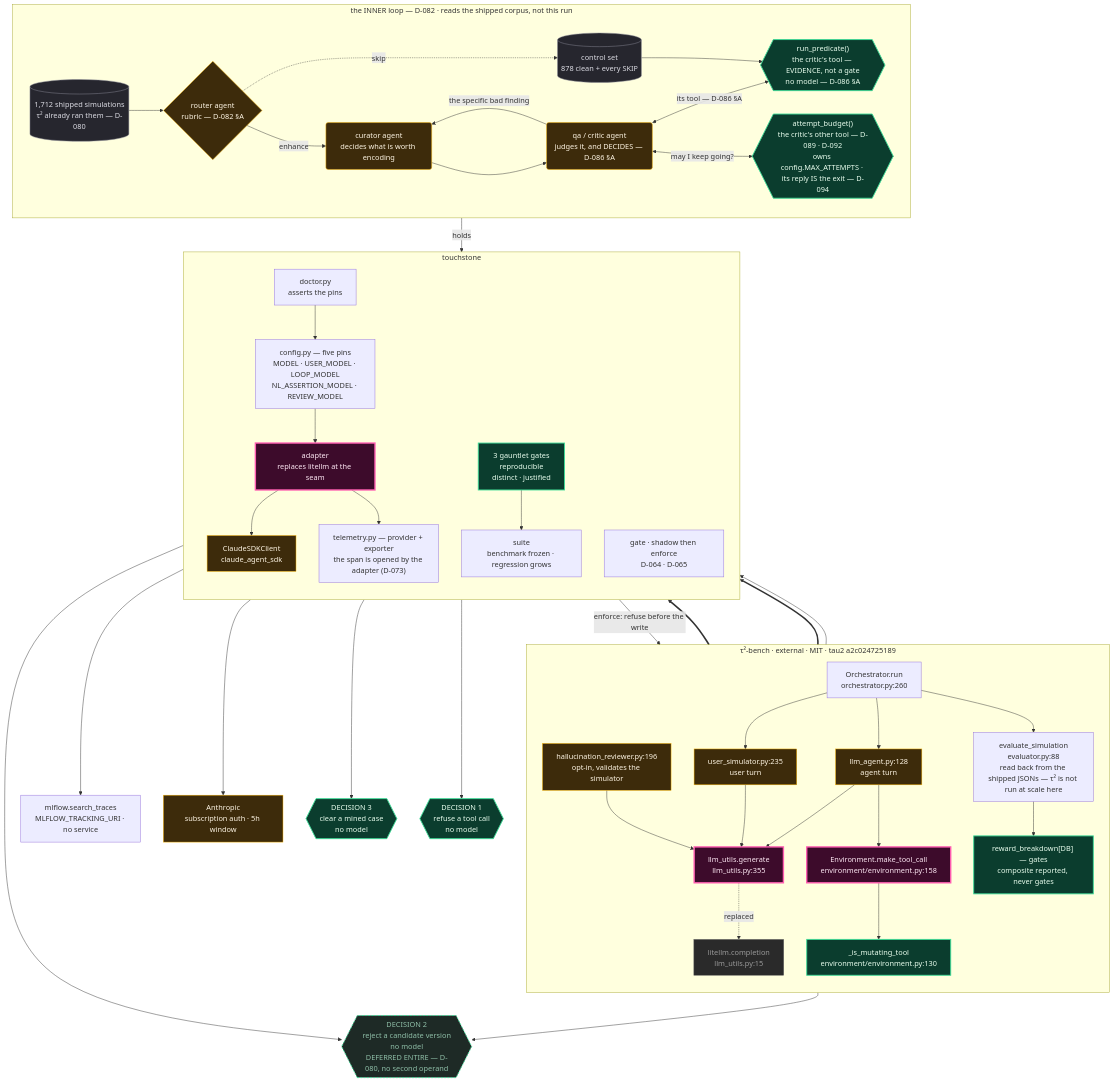
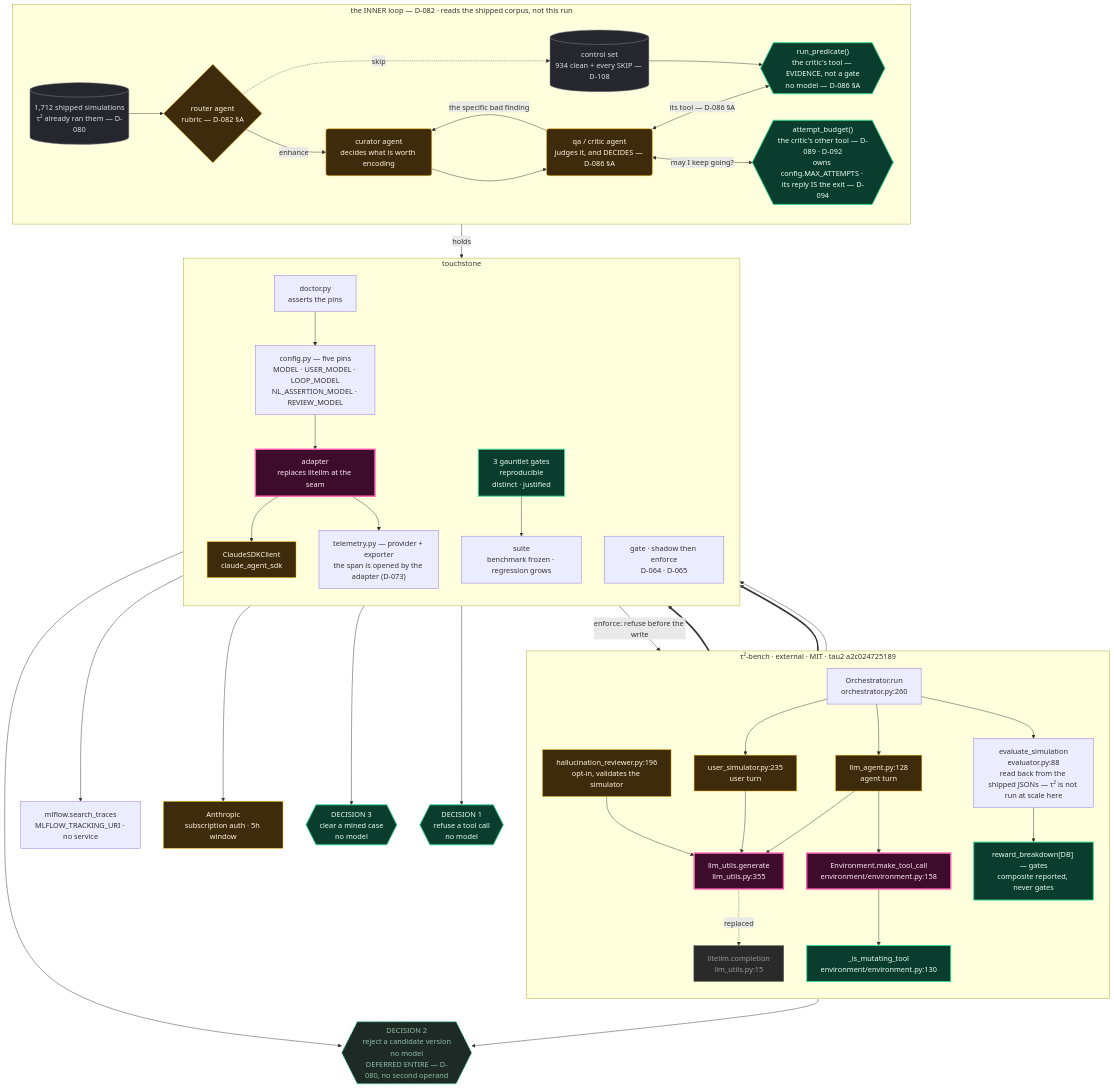
The diagram in diagrams/phase1.mmd (sandeepyadav1478/touchstone), drawn with Mermaid before and after one commit. The commit also changed 10 other files, not shown here.

```diff
--- a/diagrams/phase1.mmd
+++ b/diagrams/phase1.mmd
@@ -1,101 +1,101 @@
 %% touchstone phase 1 — the adapter, the enforcement point, and the three decisions
 %% Every node names a real symbol: touchstone, or tau2-bench — tau2 at commit a2c024725189 (MIT). D-068.
 flowchart TB
 
   subgraph TAU2["τ²-bench · external · MIT · tau2 a2c024725189"]
     direction TB
     RUN["Orchestrator.run<br/>orchestrator.py:260"]
     AGENT["llm_agent.py:128<br/>agent turn"]
     USER["user_simulator.py:235<br/>user turn"]
     REVIEW["hallucination_reviewer.py:196<br/>opt-in, validates the simulator"]
     GEN["llm_utils.generate<br/>llm_utils.py:355"]
     LITE["litellm.completion<br/>llm_utils.py:15"]
     ENVC["Environment.make_tool_call<br/>environment/environment.py:158"]
     MUT["_is_mutating_tool<br/>environment/environment.py:130"]
     EVAL["evaluate_simulation<br/>evaluator.py:88<br/>read back from the shipped JSONs — τ² is not run at scale here"]
     REW["reward_breakdown[DB] — gates<br/>composite reported, never gates"]
   end
 
   subgraph TS["touchstone"]
     direction TB
     ADP["adapter<br/>replaces litellm at the seam"]
     SDK["ClaudeSDKClient<br/>claude_agent_sdk"]
     CFG["config.py — five pins<br/>MODEL · USER_MODEL · LOOP_MODEL<br/>NL_ASSERTION_MODEL · REVIEW_MODEL"]
     GATE["gate · shadow then enforce<br/>D-064 · D-065"]
     TEL["telemetry.py — provider + exporter<br/>the span is opened by the adapter (D-073)"]
     SUITE["suite<br/>benchmark frozen · regression grows"]
     GAUNTLET["3 gauntlet gates<br/>reproducible<br/>distinct · justified"]
     DOC["doctor.py<br/>asserts the pins"]
   end
 
   MLF["mlflow.search_traces<br/>MLFLOW_TRACKING_URI · no service"]
   ANTH["Anthropic<br/>subscription auth · 5h window"]
 
   subgraph MINE["the INNER loop — D-082 · reads the shipped corpus, not this run"]
     direction LR
     CORPUS[("1,712 shipped simulations<br/>τ² already ran them — D-080")]
     ROUTER{"router agent<br/>rubric — D-082 §A"}
     CURATOR("curator agent<br/>decides what is worth encoding")
     CRITIC("qa / critic agent<br/>judges it, and DECIDES — D-086 §A")
     PRED{{"run_predicate()<br/>the critic's tool — EVIDENCE, not a gate<br/>no model — D-086 §A"}}
     BUDGET{{"attempt_budget()<br/>the critic's other tool — D-089 · D-092<br/>owns config.MAX_ATTEMPTS · its reply IS the exit — D-094"}}
-    CTRL[("control set<br/>878 clean + every SKIP")]
+    CTRL[("control set<br/>934 clean + every SKIP — D-108")]
     CORPUS --> ROUTER
     ROUTER -- "enhance" --> CURATOR
     ROUTER -. "skip" .-> CTRL
     CURATOR --> CRITIC
     CRITIC <-- "its tool — D-086 §A" --> PRED
     CRITIC -- "the specific bad finding" --> CURATOR
     CTRL --> PRED
     CRITIC <-- "may I keep going?" --> BUDGET
   end
 
   RUN --> AGENT
   RUN --> USER
   AGENT --> GEN
   USER --> GEN
   REVIEW --> GEN
 
   GEN -. "replaced" .-> LITE
   GEN ==> ADP
   ADP --> SDK --> ANTH
   CFG --> ADP
   DOC --> CFG
 
   AGENT --> ENVC
   ENVC --> MUT
   ENVC ==> GATE
   GATE -- "enforce: refuse before the write" --> ENVC
 
   RUN --> EVAL --> REW
 
   ADP --> TEL
   ENVC --> TEL
   TEL --> MLF
 
   REW --> D2
   GAUNTLET --> D3
   GATE --> D1
   PRED -- "holds" --> GAUNTLET
   GAUNTLET --> SUITE
   SUITE --> D2
 
   D1{{"DECISION 1<br/>refuse a tool call<br/>no model"}}
   D2{{"DECISION 2<br/>reject a candidate version<br/>no model<br/>DEFERRED ENTIRE — D-080, no second operand"}}
   D3{{"DECISION 3<br/>clear a mined case<br/>no model"}}
 
   classDef nomodel fill:#0b3d2e,stroke:#3ddc97,color:#eaffef,stroke-width:2px
   classDef model fill:#3d2b0b,stroke:#ffb703,color:#fff6e5
   classDef seam fill:#3d0b2b,stroke:#ff5db1,color:#ffe9f5,stroke-width:3px
   classDef dead fill:#2a2a2a,stroke:#666,color:#999
   classDef data fill:#26262e,stroke:#8a8a99,color:#dcdce4
   classDef deferred fill:#1e2a26,stroke:#3ddc97,stroke-dasharray:4 3,color:#8fbfa8
 
   class D1,D2,D3,REW,GAUNTLET,MUT nomodel
   class AGENT,USER,REVIEW,SDK,ANTH model
   class GEN,ADP,ENVC seam
   class CORPUS,CTRL data
   class ROUTER,CURATOR,CRITIC model
   class PRED,BUDGET nomodel
   class LITE dead
   class D2 deferred
```
